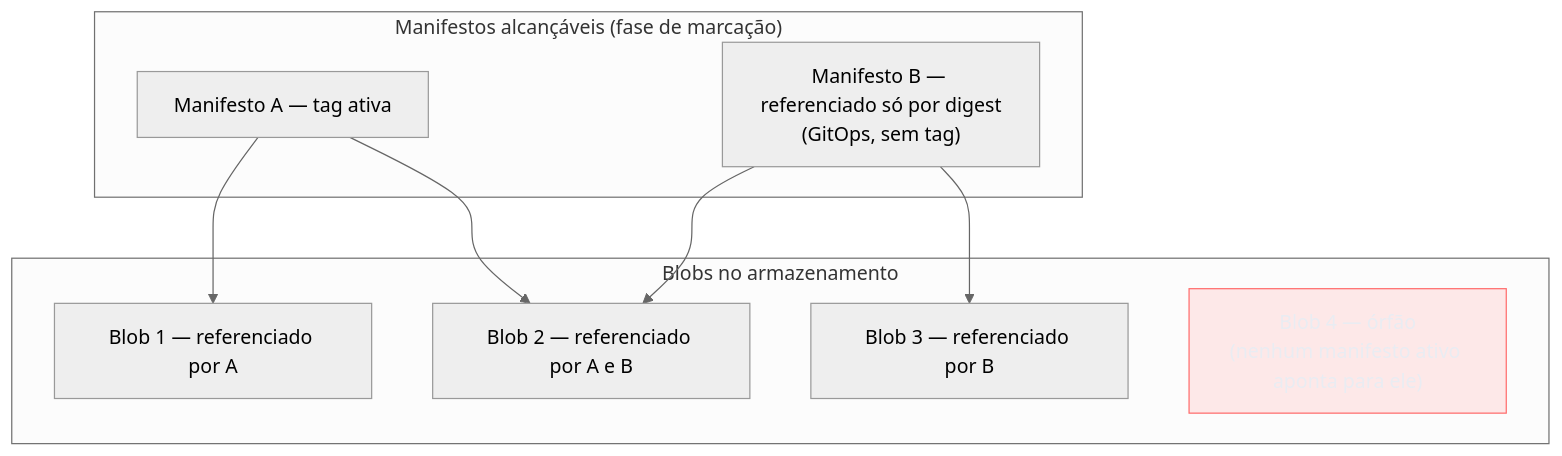
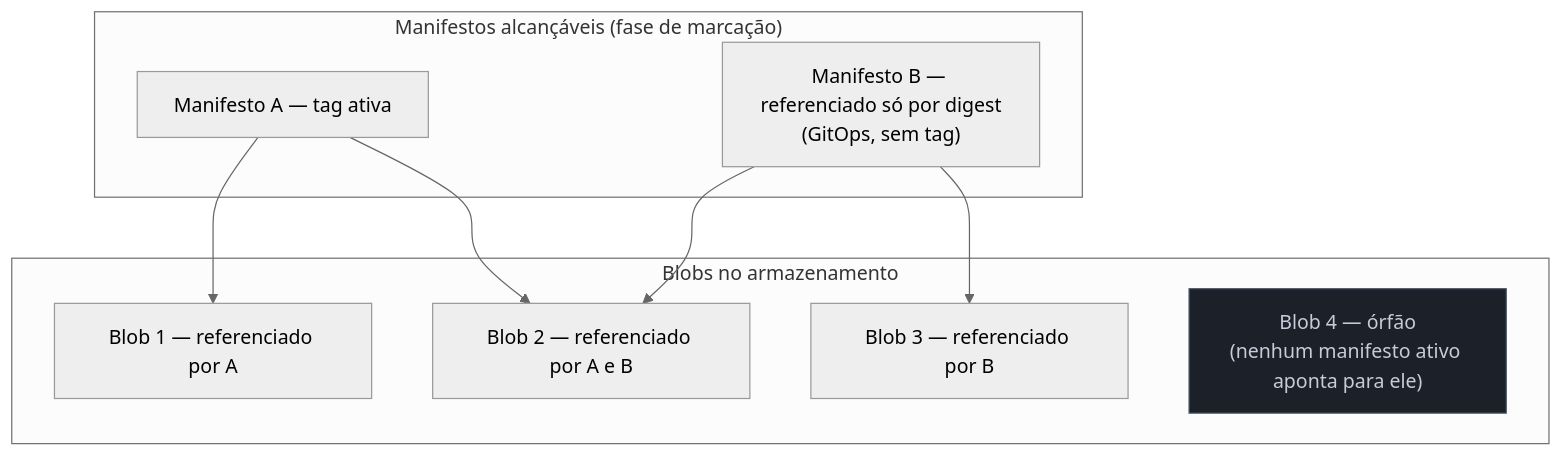
Before and after one commit to josenaldo/codex-technomanticus: the fourth of 6 diagrams in 03-Dominios/Tecnologia/Infraestrutura/Docker/12 - Registry.md, drawn with Mermaid (neutral theme). The commit also changed other lines of this file and 601 other files, not shown here.

````diff
--- a/03-Dominios/Tecnologia/Infraestrutura/Docker/12 - Registry.md
+++ b/03-Dominios/Tecnologia/Infraestrutura/Docker/12 - Registry.md
@@ -272,22 +272,22 @@
 ```mermaid
 graph TB
-    classDef falha fill:#FF6B6B24,stroke:#FF6B6B,color:#E9ECF2
+    classDef neutro fill:#1B2029,stroke:#4E5666,color:#C6CCD8
     subgraph "Manifestos alcançáveis (fase de marcação)"
         M1["Manifesto A — tag ativa"]
         M2["Manifesto B — referenciado só por digest\n(GitOps, sem tag)"]
     end
 
     subgraph "Blobs no armazenamento"
         L1["Blob 1 — referenciado por A"]
         L2["Blob 2 — referenciado por A e B"]
         L3["Blob 3 — referenciado por B"]
         L4["Blob 4 — órfão\n(nenhum manifesto ativo aponta para ele)"]
     end
 
     M1 --> L1
     M1 --> L2
     M2 --> L2
     M2 --> L3
 
-    class L4 falha
+    class L4 neutro
 ```
````
